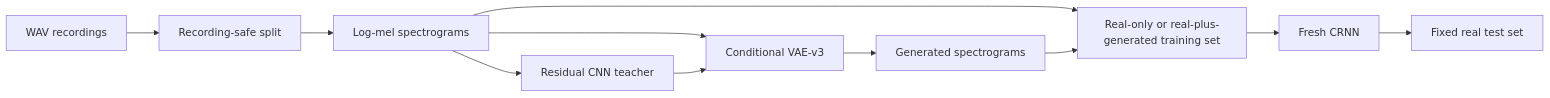
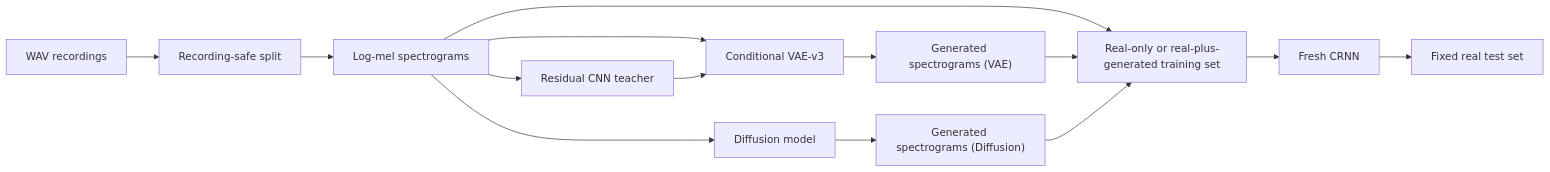
Before and after one commit to Bleu7101/bird_song_gen: the diagram in doc/Project_Report_Template/Report_Outline.md, drawn with Mermaid. The commit also changed other lines of this file and 1 other file, not shown here.

Commit message:
Revised report outline and drafted first version of report, mainly VAE

````diff
--- a/doc/Project_Report_Template/Report_Outline.md
+++ b/doc/Project_Report_Template/Report_Outline.md
@@ -202,13 +218,16 @@
 ```mermaid
 flowchart LR
     A["WAV recordings"] --> B["Recording-safe split"]
     B --> C["Log-mel spectrograms"]
     C --> D["Residual CNN teacher"]
     C --> E["Conditional VAE-v3"]
     D --> E
-    E --> F["Generated spectrograms"]
+    E --> F["Generated spectrograms (VAE)"]
+    C --> J["Diffusion model"]
+    J --> K["Generated spectrograms (Diffusion)"]
     C --> G["Real-only or real-plus-generated training set"]
     F --> G
+    K --> G
     G --> H["Fresh CRNN"]
     H --> I["Fixed real test set"]
 ```
````
